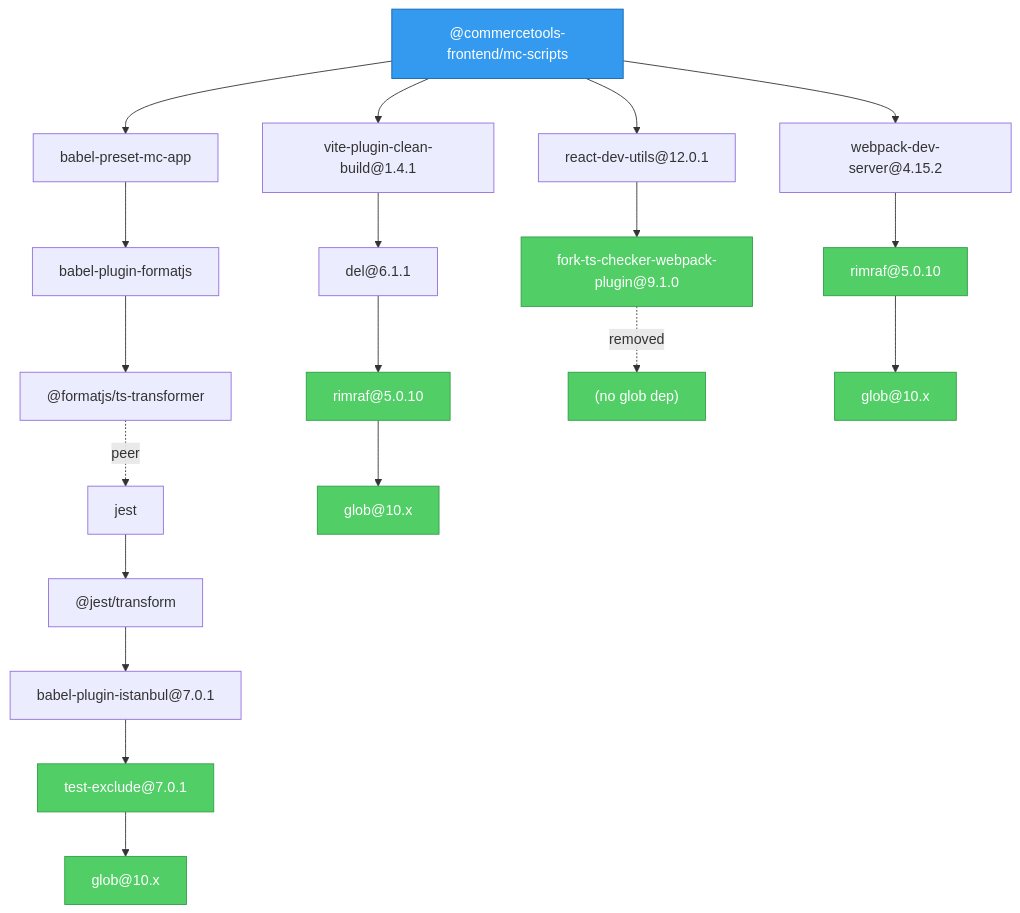
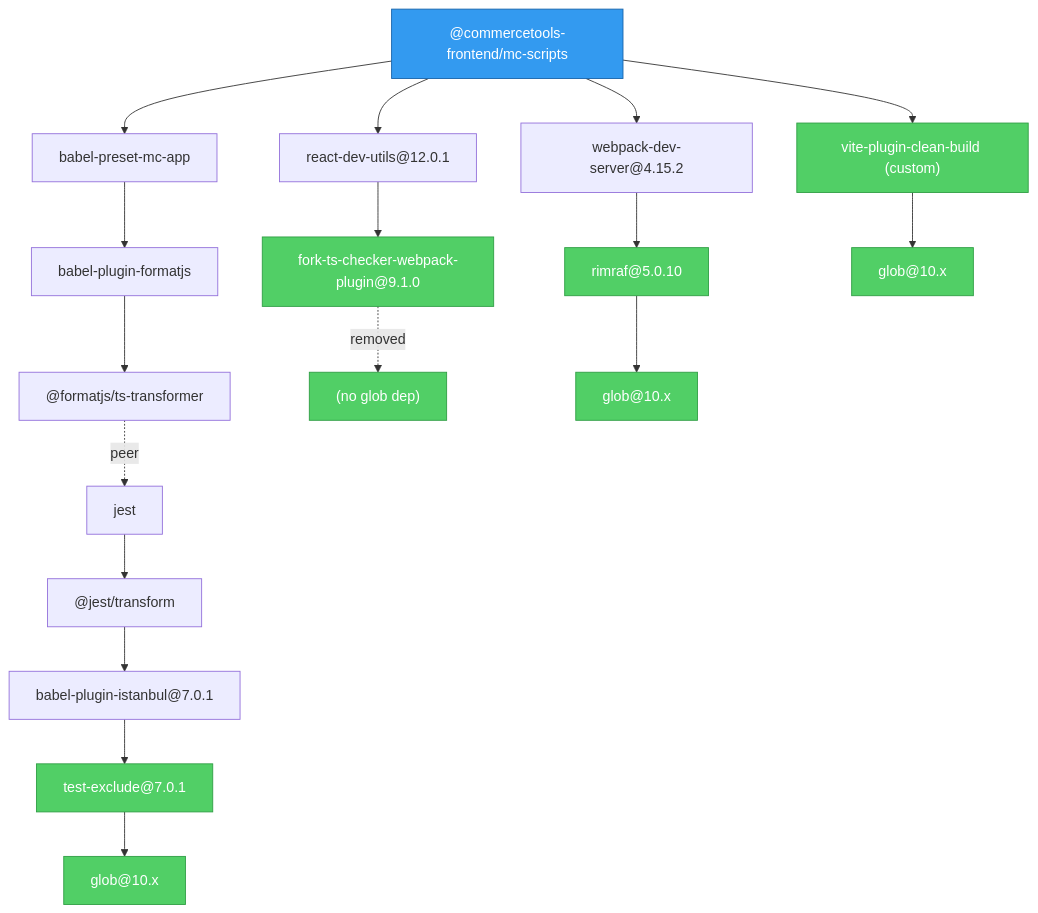
The third of 3 diagrams in docs/adr/inflight-vulnerability-mitigation.md (commercetools/merchant-center-application-kit), drawn with Mermaid before and after one commit. The commit also changed other lines of this file and 5 other files, not shown here.

First line of the commit message:
fix(deps): replace vite-plugin-clean-build with custom implementation

````diff
--- a/docs/adr/inflight-vulnerability-mitigation.md
+++ b/docs/adr/inflight-vulnerability-mitigation.md
@@ -167,38 +180,36 @@
 ```mermaid
 flowchart TD
     MCS["@commercetools-frontend/mc-scripts"]
 
     MCS --> BP["babel-preset-mc-app"]
     MCS --> RDU["react-dev-utils@12.0.1"]
     MCS --> WDS["webpack-dev-server@4.15.2"]
-    MCS --> VPC["vite-plugin-clean-build@1.4.1"]
+    MCS --> VPC["vite-plugin-clean-build (custom)"]
 
     BP --> BPF["babel-plugin-formatjs"]
 
     BPF --> TST["@formatjs/ts-transformer"]
     TST -.->|peer| JEST["jest"]
     JEST --> JT["@jest/transform"]
     JT --> BPI["babel-plugin-istanbul@7.0.1"]
     BPI --> TE["test-exclude@7.0.1"]
 
     RDU --> FTC["fork-ts-checker-webpack-plugin@9.1.0"]
 
     WDS --> RIM1["rimraf@5.0.10"]
-    VPC --> DEL["del@6.1.1"]
-    DEL --> RIM2["rimraf@5.0.10"]
+    VPC --> G10D["glob@10.x"]
 
     TE --> G10A["glob@10.x"]
     FTC -.->|removed| NONE["(no glob dep)"]
     RIM1 --> G10B["glob@10.x"]
-    RIM2 --> G10C["glob@10.x"]
 
     style MCS fill:#339af0,stroke:#1864ab,color:#fff
     style G10A fill:#51cf66,stroke:#2f9e44,color:#fff
     style G10B fill:#51cf66,stroke:#2f9e44,color:#fff
-    style G10C fill:#51cf66,stroke:#2f9e44,color:#fff
+    style G10D fill:#51cf66,stroke:#2f9e44,color:#fff
     style NONE fill:#51cf66,stroke:#2f9e44,color:#fff
     style TE fill:#51cf66,stroke:#2f9e44,color:#fff
     style FTC fill:#51cf66,stroke:#2f9e44,color:#fff
     style RIM1 fill:#51cf66,stroke:#2f9e44,color:#fff
-    style RIM2 fill:#51cf66,stroke:#2f9e44,color:#fff
+    style VPC fill:#51cf66,stroke:#2f9e44,color:#fff
 ```
````
